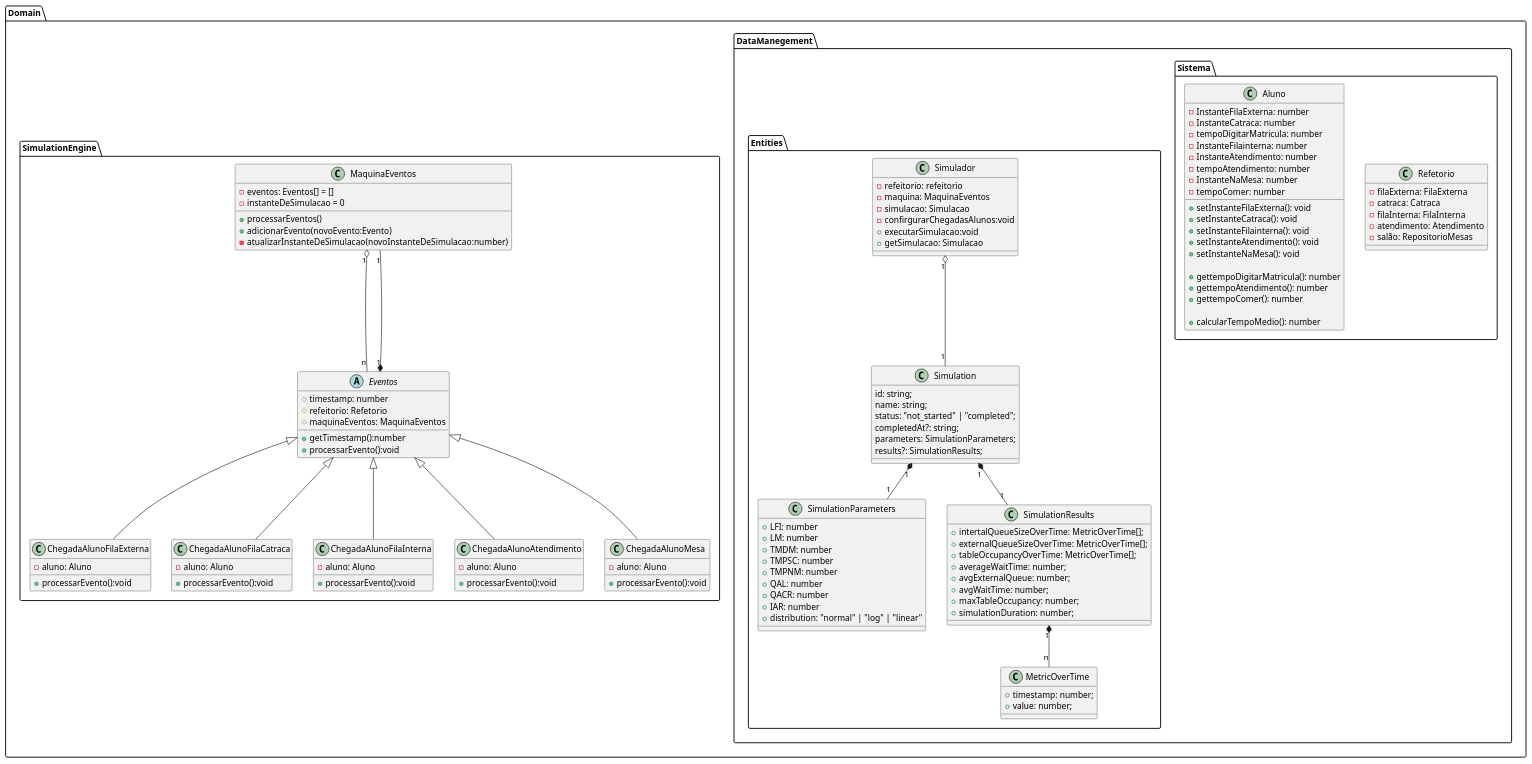
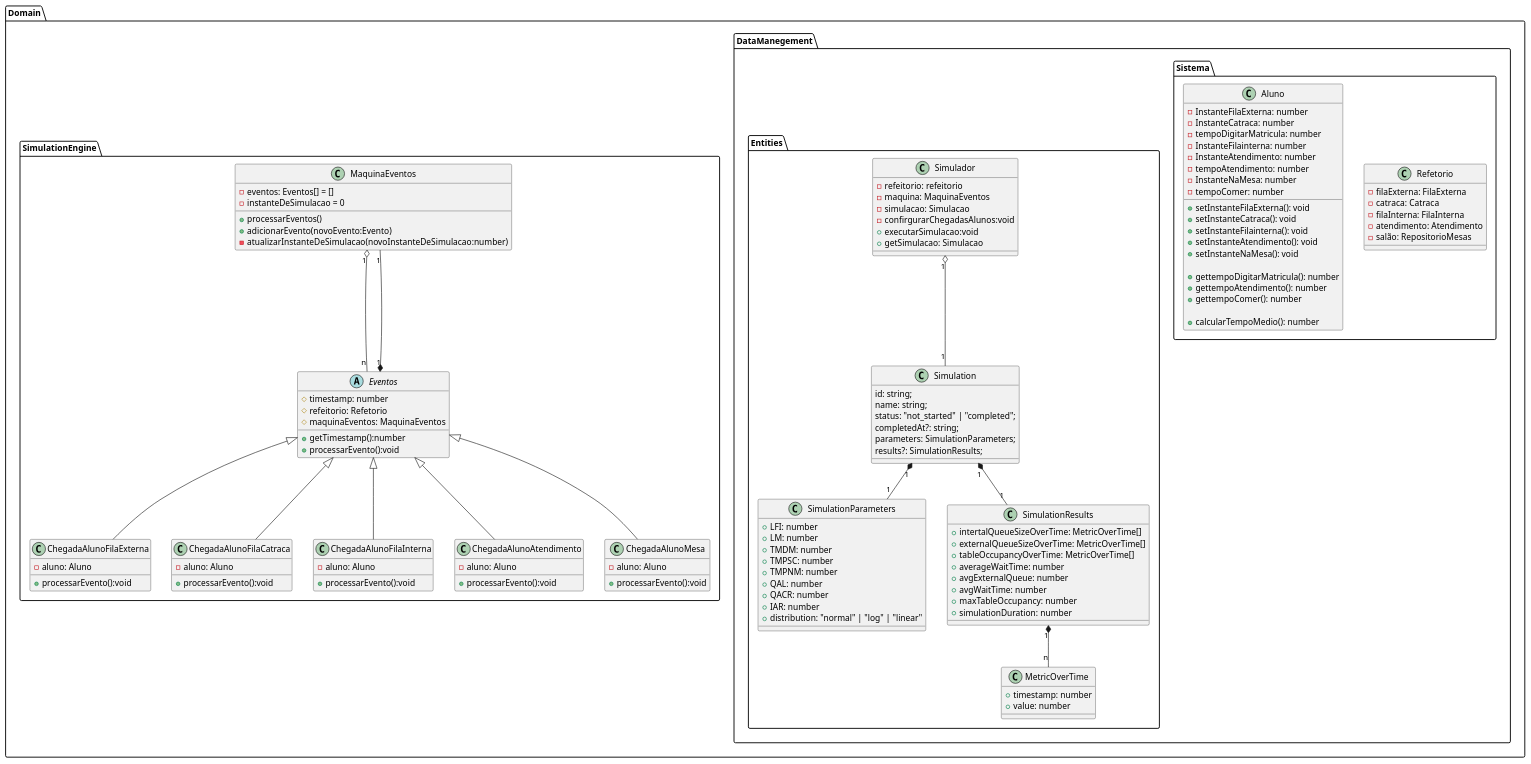
One commit to Gstv2/sfr-template changed the diagram in design/class-Aluno.plantuml. Above: the diagram before and after it, drawn with PlantUML. The commit also changed 11 other files, not shown here.

```diff
--- a/design/class-Aluno.plantuml
+++ b/design/class-Aluno.plantuml
@@ -1,147 +1,147 @@
 @startuml FilaInterna/Aluno
     package Domain.DataManegement.Sistema{
         class Refetorio {
             - filaExterna: FilaExterna
             - catraca: Catraca
             - filaInterna: FilaInterna
             - atendimento: Atendimento
             - salão: RepositorioMesas
 
             
         }
         
         class Aluno {
             - InstanteFilaExterna: number
             - InstanteCatraca: number
             - tempoDigitarMatricula: number
             - InstanteFilainterna: number
             - InstanteAtendimento: number
             - tempoAtendimento: number
             - InstanteNaMesa: number
             - tempoComer: number
 
             + setInstanteFilaExterna(): void
             + setInstanteCatraca(): void
             + setInstanteFilainterna(): void
             + setInstanteAtendimento(): void
             + setInstanteNaMesa(): void
             
             + gettempoDigitarMatricula(): number
             + gettempoAtendimento(): number
             + gettempoComer(): number
             
             + calcularTempoMedio(): number
         }
     }
 
     package Domain.DataManegement.Entities{
         class Simulador {
             - refeitorio: refeitorio
             - maquina: MaquinaEventos
             - simulacao: Simulacao
             - confirgurarChegadasAlunos:void
             + executarSimulacao:void
             + getSimulacao: Simulacao
         }
 
         class SimulationParameters {
             + LFI: number
             + LM: number
             + TMDM: number
             + TMPSC: number
             + TMPNM: number
             + QAL: number
             + QACR: number
             + IAR: number
             + distribution: "normal" | "log" | "linear"
         }
 
         class SimulationResults {
-            + intertalQueueSizeOverTime: MetricOverTime[];
-            + externalQueueSizeOverTime: MetricOverTime[];
-            + tableOccupancyOverTime: MetricOverTime[];
-            + averageWaitTime: number;
-            + avgExternalQueue: number;
-            + avgWaitTime: number;
-            + maxTableOccupancy: number;
-            + simulationDuration: number;
+            + intertalQueueSizeOverTime: MetricOverTime[]
+            + externalQueueSizeOverTime: MetricOverTime[]
+            + tableOccupancyOverTime: MetricOverTime[]
+            + averageWaitTime: number
+            + avgExternalQueue: number
+            + avgWaitTime: number
+            + maxTableOccupancy: number
+            + simulationDuration: number
         }
 
         class MetricOverTime {
-            + timestamp: number;
-            +value: number;
+            + timestamp: number
+            + value: number
         }
 
         class Simulation {
             id: string;
             name: string;
             status: "not_started" | "completed";
             completedAt?: string;
             parameters: SimulationParameters;
             results?: SimulationResults;
         }
     }
 
         package Domain.SimulationEngine{
 
         ' Classe da Maquina de Eventos
             class MaquinaEventos {
                 - eventos: Eventos[] = []
                 - instanteDeSimulacao = 0
                 + processarEventos()
                 + adicionarEvento(novoEvento:Evento)
                 -  atualizarInstanteDeSimulacao(novoInstanteDeSimulacao:number)
             }
 
         ' Classe abstrata de Eventos
             abstract class Eventos {
                 # timestamp: number
                 # refeitorio: Refetorio
                 # maquinaEventos: MaquinaEventos
 
                 + getTimestamp():number
                 + processarEvento():void
             }
 
 
         ' Eventos
             class ChegadaAlunoFilaExterna {
                 - aluno: Aluno
                 + processarEvento():void
             }
             class ChegadaAlunoFilaCatraca {
                 - aluno: Aluno
                 + processarEvento():void
             }
             class ChegadaAlunoFilaInterna {
                 - aluno: Aluno
                 + processarEvento():void
             }
             class ChegadaAlunoAtendimento {
                 - aluno: Aluno
                 + processarEvento():void
             }
             class ChegadaAlunoMesa {
                 - aluno: Aluno
                 + processarEvento():void
             }
         }
 
         ' relacionamentos
         Simulador "1" o-- "1" Simulation
         Simulation "1" *-- "1" SimulationParameters
         Simulation "1" *-- "1" SimulationResults
         SimulationResults "1" *-- "n" MetricOverTime
 
 
         MaquinaEventos "1" o-- "n" Eventos
         MaquinaEventos "1" --* "1" Eventos
 
         Eventos ^-- ChegadaAlunoFilaExterna
         Eventos ^-- ChegadaAlunoFilaCatraca
         Eventos ^-- ChegadaAlunoFilaInterna
         Eventos ^-- ChegadaAlunoAtendimento
         Eventos ^-- ChegadaAlunoMesa
 
 
 @enduml
```
